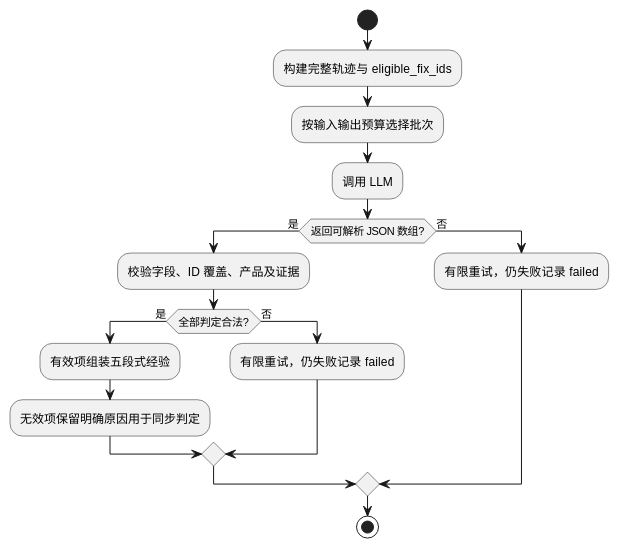
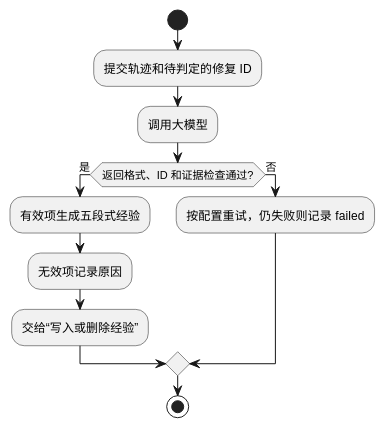
Diagram 11 of 15 in docs/调测轨迹经验提取设计文档.md (yf990848-droid/experience), drawn with PlantUML before and after one commit. The commit also changed other lines of this file, not shown here.

Commit message:
docs: 简化设计文档用词并统一业务模块流程图

````diff
--- a/docs/调测轨迹经验提取设计文档.md
+++ b/docs/调测轨迹经验提取设计文档.md
@@ -457,20 +390,15 @@
 ```plantuml
 @startuml
 start
-:构建完整轨迹与 eligible_fix_ids;
-:按输入输出预算选择批次;
-:调用 LLM;
-if (返回可解析 JSON 数组?) then (是)
-  :校验字段、ID 覆盖、产品及证据;
-  if (全部判定合法?) then (是)
-    :有效项组装五段式经验;
-    :无效项保留明确原因用于同步判定;
-  else (否)
-    :有限重试，仍失败记录 failed;
-  endif
+:提交轨迹和待判定的修复 ID;
+:调用大模型;
+if (返回格式、ID 和证据检查通过?) then (是)
+  :有效项生成五段式经验;
+  :无效项记录原因;
+  :交给“写入或删除经验”;
 else (否)
-  :有限重试，仍失败记录 failed;
+  :按配置重试，仍失败则记录 failed;
 endif
 stop
 @enduml
 ```
````
